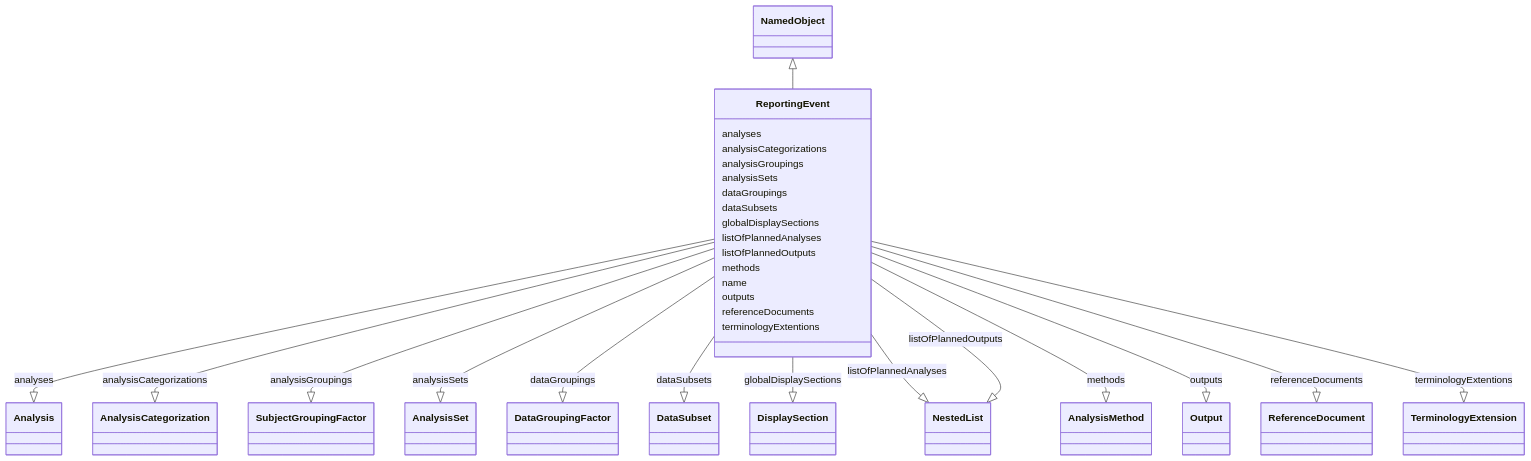
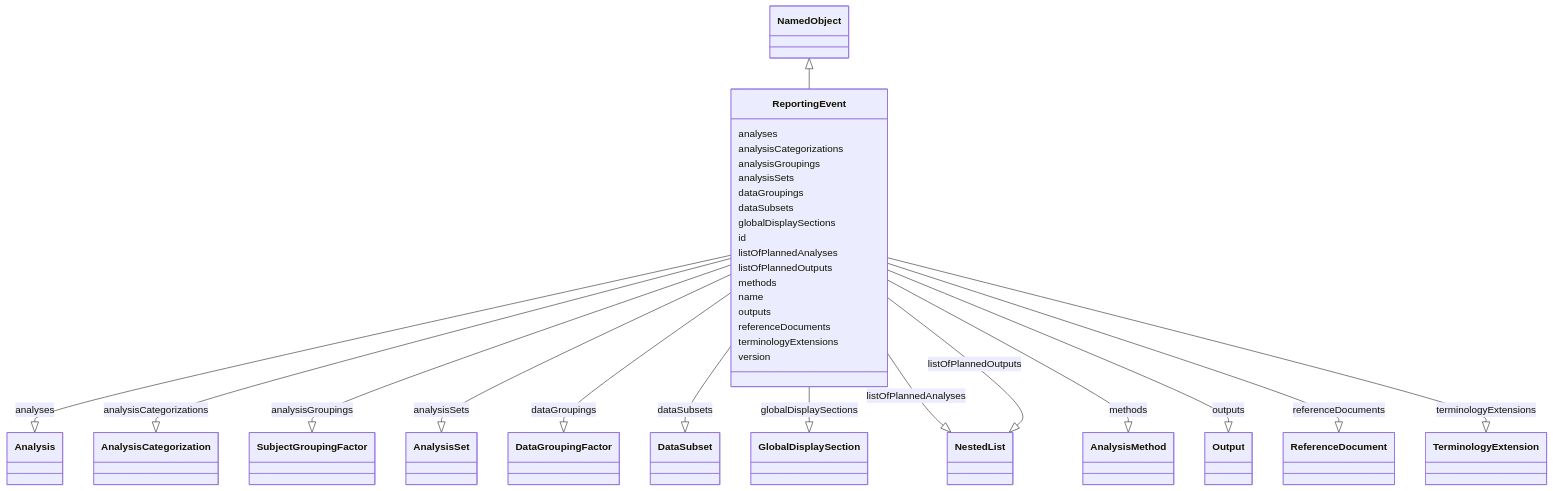
One commit to cdisc-org/analysis-results-standard changed the diagram in project/docs/ReportingEvent.md. Above: the diagram before and after it, drawn with Mermaid. The commit also changed other lines of this file and 281 other files, not shown here.

````diff
--- a/project/docs/ReportingEvent.md
+++ b/project/docs/ReportingEvent.md
@@ -14,61 +14,65 @@
 ```mermaid
  classDiagram
     class ReportingEvent
       NamedObject <|-- ReportingEvent
       
       ReportingEvent : analyses
         
           ReportingEvent --|> Analysis : analyses
         
       ReportingEvent : analysisCategorizations
         
           ReportingEvent --|> AnalysisCategorization : analysisCategorizations
         
       ReportingEvent : analysisGroupings
         
           ReportingEvent --|> SubjectGroupingFactor : analysisGroupings
         
       ReportingEvent : analysisSets
         
           ReportingEvent --|> AnalysisSet : analysisSets
         
       ReportingEvent : dataGroupings
         
           ReportingEvent --|> DataGroupingFactor : dataGroupings
         
       ReportingEvent : dataSubsets
         
           ReportingEvent --|> DataSubset : dataSubsets
         
       ReportingEvent : globalDisplaySections
         
-          ReportingEvent --|> DisplaySection : globalDisplaySections
+          ReportingEvent --|> GlobalDisplaySection : globalDisplaySections
+        
+      ReportingEvent : id
         
       ReportingEvent : listOfPlannedAnalyses
         
           ReportingEvent --|> NestedList : listOfPlannedAnalyses
         
       ReportingEvent : listOfPlannedOutputs
         
           ReportingEvent --|> NestedList : listOfPlannedOutputs
         
       ReportingEvent : methods
         
           ReportingEvent --|> AnalysisMethod : methods
         
       ReportingEvent : name
         
       ReportingEvent : outputs
         
           ReportingEvent --|> Output : outputs
         
       ReportingEvent : referenceDocuments
         
           ReportingEvent --|> ReferenceDocument : referenceDocuments
         
-      ReportingEvent : terminologyExtentions
+      ReportingEvent : terminologyExtensions
         
-          ReportingEvent --|> TerminologyExtension : terminologyExtentions
+          ReportingEvent --|> TerminologyExtension : terminologyExtensions
+        
+      ReportingEvent : version
         
       
 ```
````
